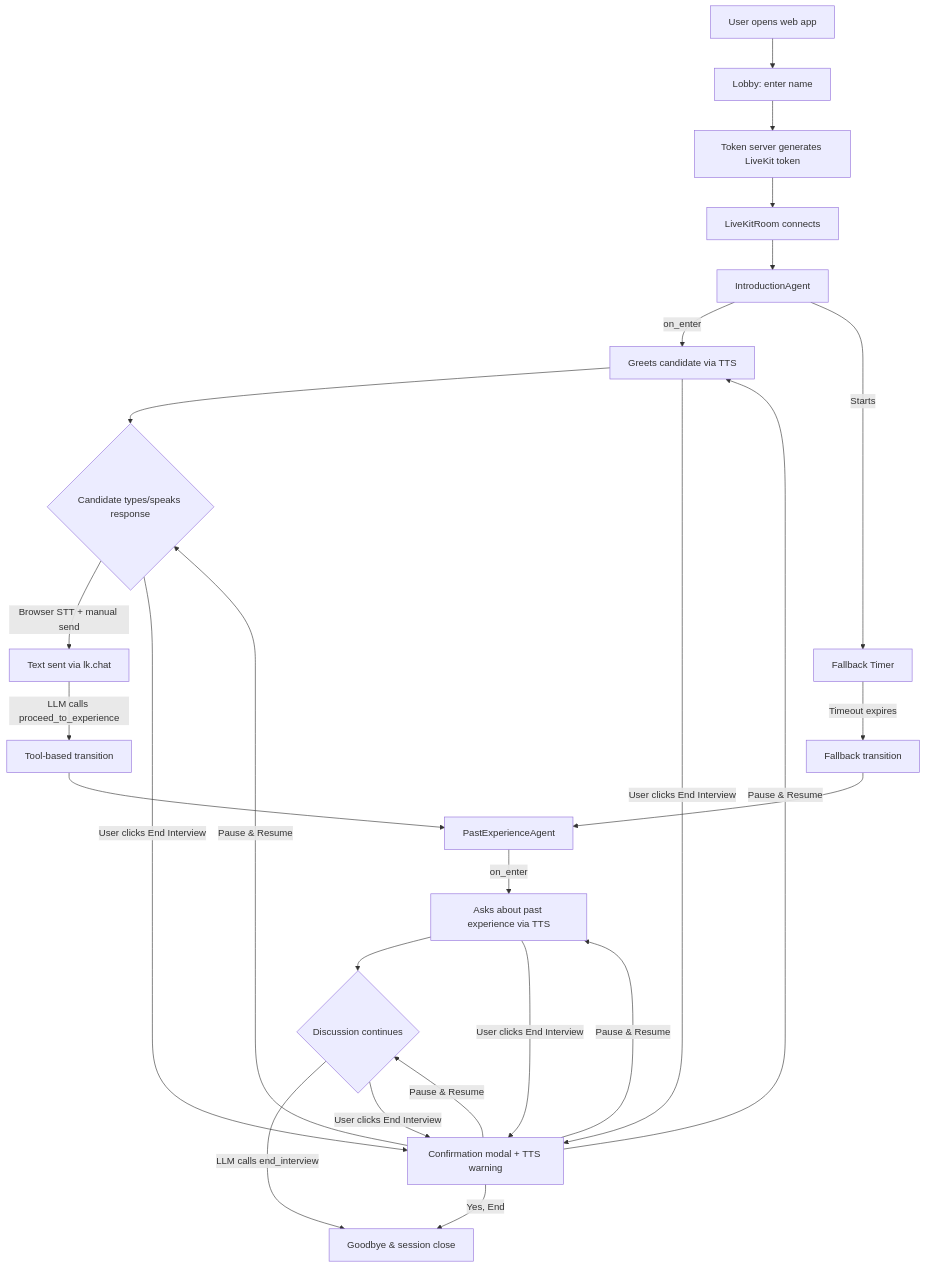
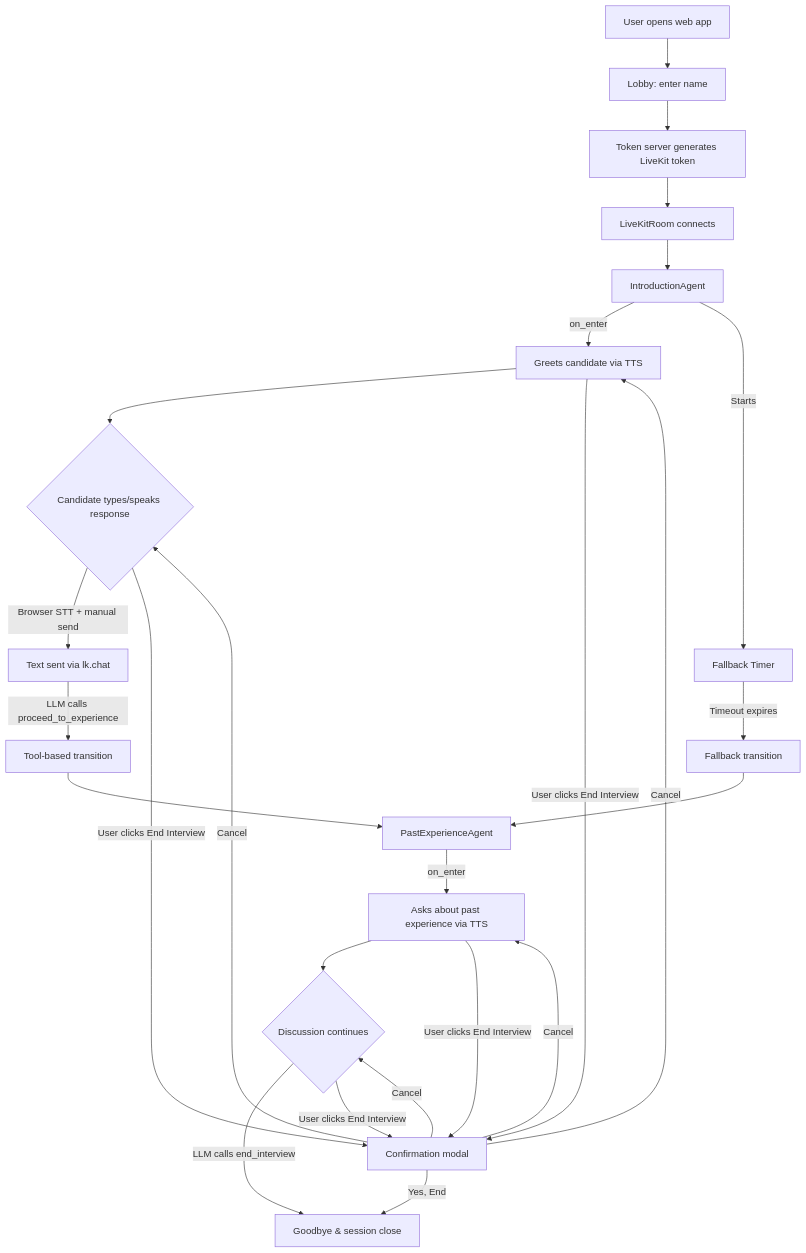
The first of 3 diagrams in README.md (anhtranst/moc_interview_demo), drawn with Mermaid before and after one commit. The commit also changed other lines of this file and 8 other files, not shown here.

First line of the commit message:
Remove pause/resume feature, simplify End Interview to button-only

````diff
--- a/README.md
+++ b/README.md
@@ -20,28 +20,28 @@
 ```mermaid
 flowchart TD
     A[User opens web app] --> B[Lobby: enter name]
     B --> C[Token server generates LiveKit token]
     C --> D[LiveKitRoom connects]
     D --> E[IntroductionAgent]
     E -->|on_enter| F[Greets candidate via TTS]
     E -->|Starts| G[Fallback Timer]
     F --> H{Candidate types/speaks response}
     H -->|Browser STT + manual send| I[Text sent via lk.chat]
     I -->|LLM calls proceed_to_experience| J[Tool-based transition]
     G -->|Timeout expires| K[Fallback transition]
     J --> L[PastExperienceAgent]
     K --> L
     L -->|on_enter| M[Asks about past experience via TTS]
     M --> N{Discussion continues}
     N -->|LLM calls end_interview| O[Goodbye & session close]
 
-    F -->|User clicks End Interview| P[Confirmation modal + TTS warning]
+    F -->|User clicks End Interview| P[Confirmation modal]
     H -->|User clicks End Interview| P
     M -->|User clicks End Interview| P
     N -->|User clicks End Interview| P
-    P -->|Pause & Resume| F
-    P -->|Pause & Resume| H
-    P -->|Pause & Resume| M
-    P -->|Pause & Resume| N
+    P -->|Cancel| F
+    P -->|Cancel| H
+    P -->|Cancel| M
+    P -->|Cancel| N
     P -->|Yes, End| O
 ```
````
